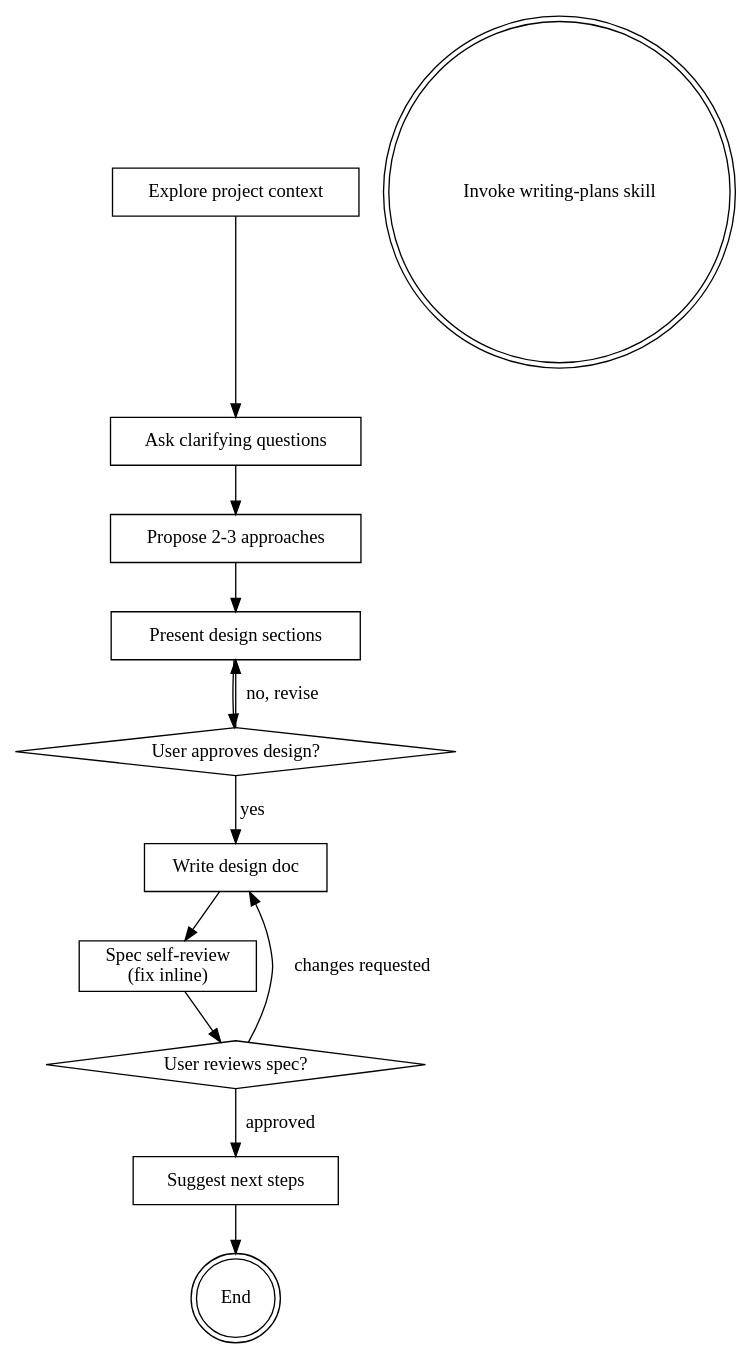
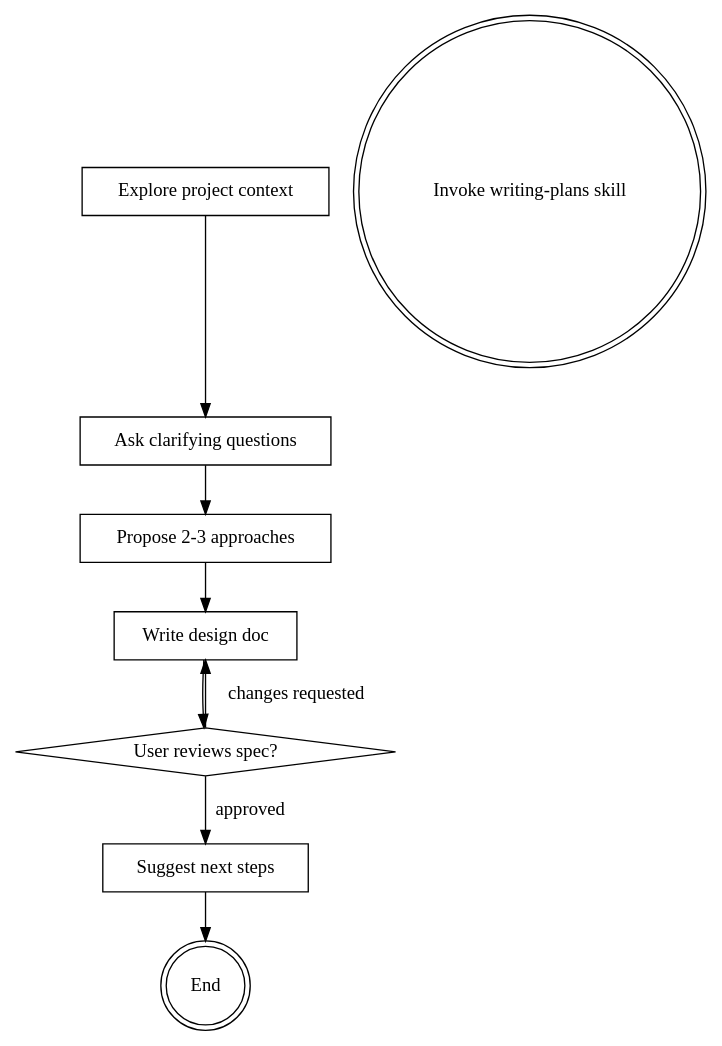
The diagram in .github/skills/brainstorming/SKILL.md (tranduy26913/training-agent-skills), drawn with Graphviz before and after one commit. The commit also changed other lines of this file and 49 other files, not shown here.

````diff
--- a/.github/skills/brainstorming/SKILL.md
+++ b/.github/skills/brainstorming/SKILL.md
@@ -81,27 +77,20 @@
 ```dot
 digraph brainstorming {
     "Explore project context" [shape=box];
     "Ask clarifying questions" [shape=box];
     "Propose 2-3 approaches" [shape=box];
-    "Present design sections" [shape=box];
-    "User approves design?" [shape=diamond];
     "Write design doc" [shape=box];
-    "Spec self-review\n(fix inline)" [shape=box];
     "User reviews spec?" [shape=diamond];
     "Invoke writing-plans skill" [shape=doublecircle];
     "Suggest next steps" [shape=box];
     "Suggest next steps" -> "End";
     "End" [shape=doublecircle];
 
     "Explore project context" -> "Ask clarifying questions";
     "Ask clarifying questions" -> "Propose 2-3 approaches";
-    "Propose 2-3 approaches" -> "Present design sections";
-    "Present design sections" -> "User approves design?";
-    "User approves design?" -> "Present design sections" [label="no, revise"];
-    "User approves design?" -> "Write design doc" [label="yes"];
-    "Write design doc" -> "Spec self-review\n(fix inline)";
-    "Spec self-review\n(fix inline)" -> "User reviews spec?";
+    "Propose 2-3 approaches" -> "Write design doc";
+    "Write design doc" -> "User reviews spec?";
     "User reviews spec?" -> "Write design doc" [label="changes requested"];
     "User reviews spec?" -> "Suggest next steps" [label="approved"];
 }
 ```
````
